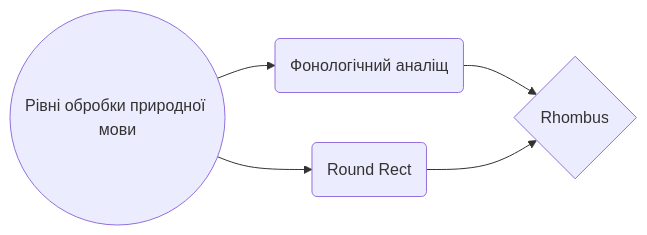
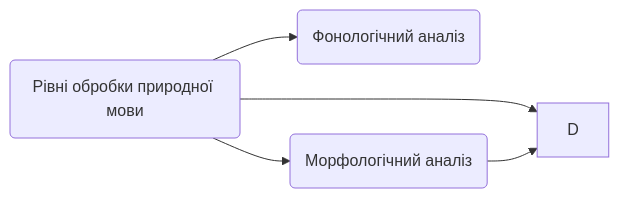
One commit to AleksFromUa/DBB-Project changed the second of 2 diagrams in ODB.md. Above: the diagram before and after it, drawn with Mermaid. The commit also changed other lines of this file, not shown here.

Commit message:
ODB.md updated from https://stackedit.io/

````diff
--- a/ODB.md
+++ b/ODB.md
@@ -151,7 +151,7 @@
 ```mermaid
 graph LR
-A((Рівні обробки природної мови)) --> B(Фонологічний аналіщ)
-A --> C(Round Rect)
-B --> D{Rhombus}
+A(Рівні обробки природної мови) --> B(Фонологічний аналіз)
+A --> C(Морфологічний аналіз)
+A --> D
 C --> D
 ```
````
